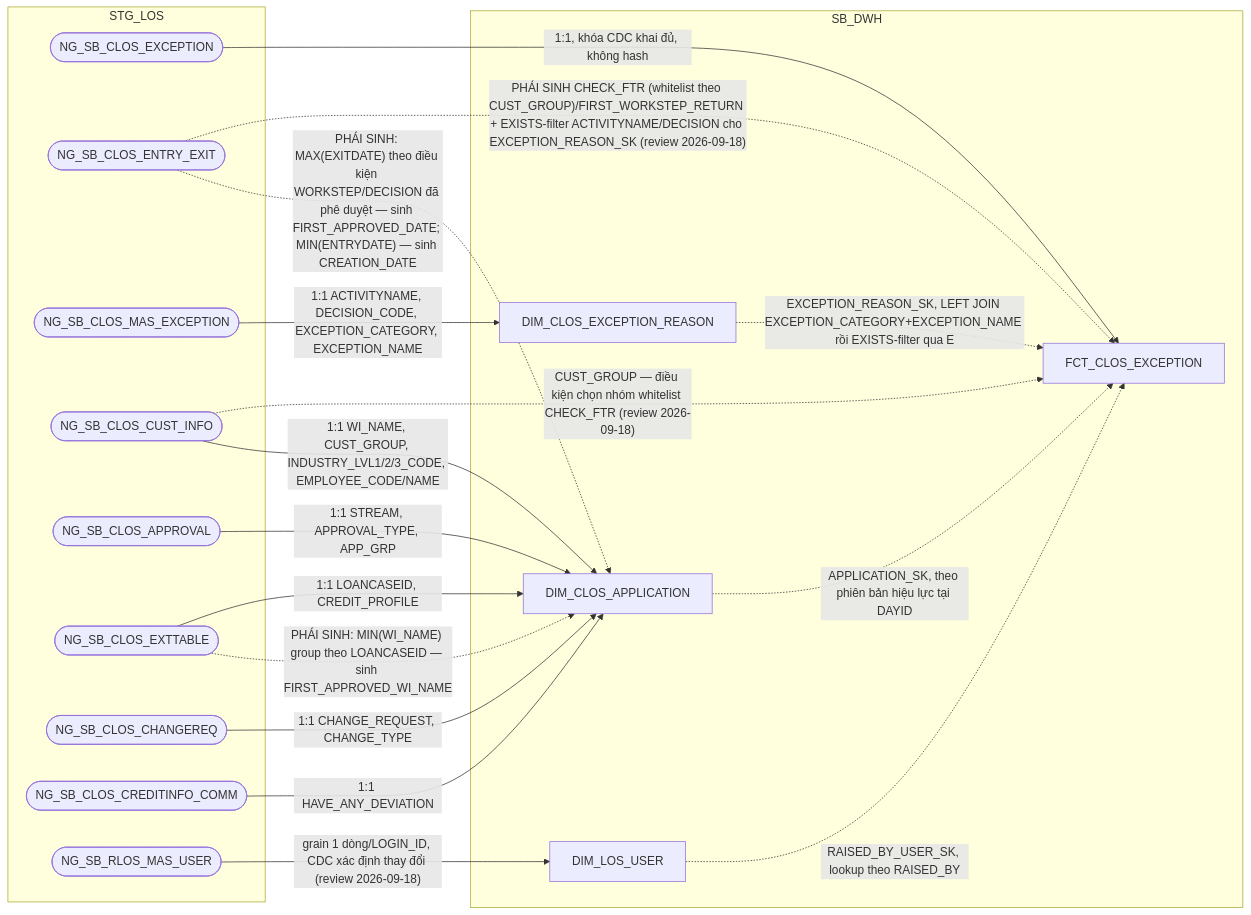
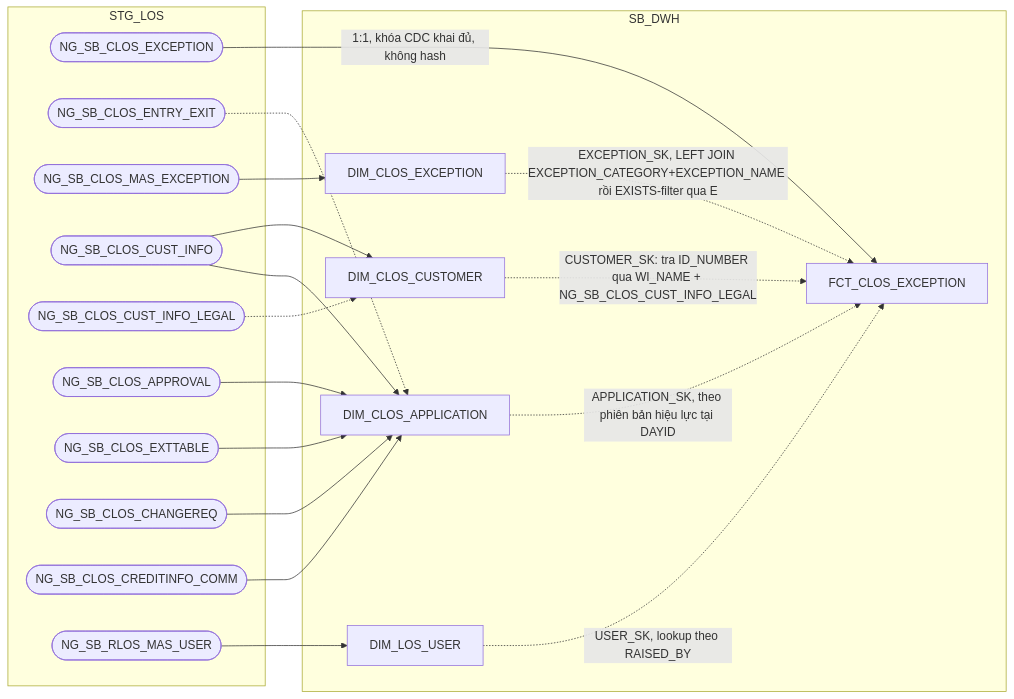
One commit to chien1198/sb-mapping-gen changed the third of 14 diagrams in hld/hld_review/HLD_FCT_SB_DWH_review.md. Above: the diagram before and after it, drawn with Mermaid. The commit also changed other lines of this file and 183 other files, not shown here.

````diff
--- a/hld/hld_review/HLD_FCT_SB_DWH_review.md
+++ b/hld/hld_review/HLD_FCT_SB_DWH_review.md
@@ -294,35 +212,37 @@
 ```mermaid
 flowchart LR
     subgraph STG_LOS
         A(["NG_SB_CLOS_EXCEPTION"])
         E(["NG_SB_CLOS_ENTRY_EXIT"])
         R(["NG_SB_CLOS_MAS_EXCEPTION"])
         H(["NG_SB_CLOS_CUST_INFO"])
+        L(["NG_SB_CLOS_CUST_INFO_LEGAL"])
         I(["NG_SB_CLOS_APPROVAL"])
         J(["NG_SB_CLOS_EXTTABLE"])
         K1(["NG_SB_CLOS_CHANGEREQ"])
         N(["NG_SB_CLOS_CREDITINFO_COMM"])
         U(["NG_SB_RLOS_MAS_USER"])
     end
     subgraph SB_DWH
-        B["DIM_CLOS_EXCEPTION_REASON"]
+        B["DIM_CLOS_EXCEPTION"]
         D["DIM_CLOS_APPLICATION"]
+        KC["DIM_CLOS_CUSTOMER"]
         F["DIM_LOS_USER"]
         C["FCT_CLOS_EXCEPTION"]
     end
     A -->|1:1, khóa CDC khai đủ, không hash| C
-    B -.->|EXCEPTION_REASON_SK, LEFT JOIN EXCEPTION_CATEGORY+EXCEPTION_NAME rồi EXISTS-filter qua E| C
+    B -.->|EXCEPTION_SK, LEFT JOIN EXCEPTION_CATEGORY+EXCEPTION_NAME rồi EXISTS-filter qua E| C
     D -.->|APPLICATION_SK, theo phiên bản hiệu lực tại DAYID| C
-    F -.->|RAISED_BY_USER_SK, lookup theo RAISED_BY| C
-    E -.->|"PHÁI SINH CHECK_FTR (whitelist theo CUST_GROUP)/FIRST_WORKSTEP_RETURN + EXISTS-filter ACTIVITYNAME/DECISION cho EXCEPTION_REASON_SK (review 2026-09-18)"| C
-    H -.->|"CUST_GROUP — điều kiện chọn nhóm whitelist CHECK_FTR (review 2026-09-18)"| C
-    R -->|1:1 ACTIVITYNAME, DECISION_CODE, EXCEPTION_CATEGORY, EXCEPTION_NAME| B
-    H -->|1:1 WI_NAME, CUST_GROUP, INDUSTRY_LVL1/2/3_CODE, EMPLOYEE_CODE/NAME| D
-    I -->|1:1 STREAM, APPROVAL_TYPE, APP_GRP| D
-    J -->|1:1 LOANCASEID, CREDIT_PROFILE| D
-    J -.->|"PHÁI SINH: MIN(WI_NAME) group theo LOANCASEID — sinh FIRST_APPROVED_WI_NAME"| D
-    K1 -->|1:1 CHANGE_REQUEST, CHANGE_TYPE| D
-    E -.->|"PHÁI SINH: MAX(EXITDATE) theo điều kiện WORKSTEP/DECISION đã phê duyệt — sinh FIRST_APPROVED_DATE; MIN(ENTRYDATE) — sinh CREATION_DATE"| D
-    N -->|1:1 HAVE_ANY_DEVIATION| D
-    U -->|"grain 1 dòng/LOGIN_ID, CDC xác định thay đổi (review 2026-09-18)"| F
+    F -.->|USER_SK, lookup theo RAISED_BY| C
+    KC -.->|"CUSTOMER_SK: tra ID_NUMBER qua WI_NAME + NG_SB_CLOS_CUST_INFO_LEGAL"| C
+    R --> B
+    H --> D
+    I --> D
+    J --> D
+    K1 --> D
+    E -.-> D
+    N --> D
+    U --> F
+    H --> KC
+    L -.-> KC
 ```
````
